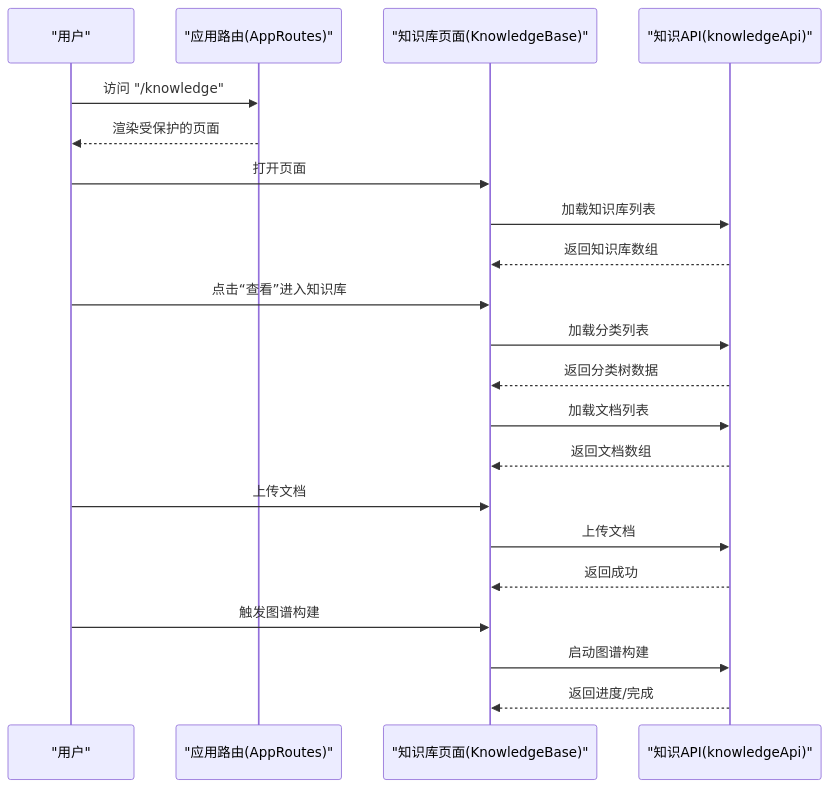
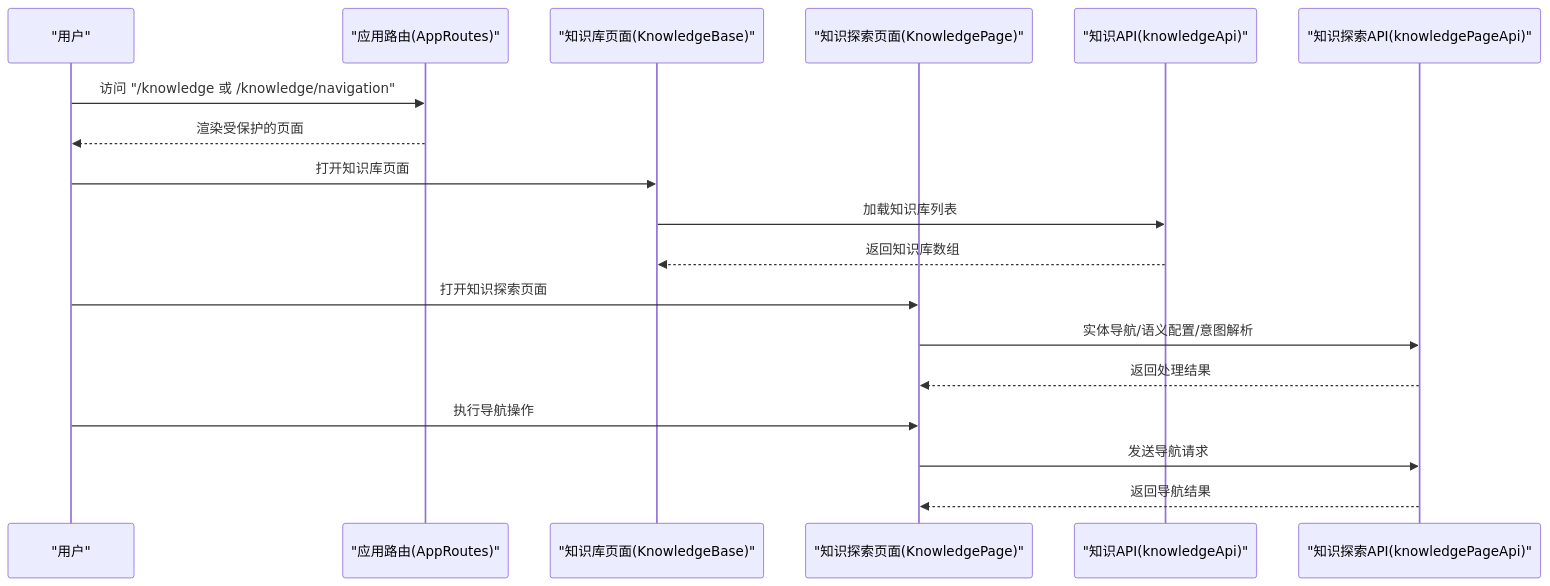
One commit to inier/ontology-graphiti changed the second of 5 diagrams in .qoder/repowiki/zh/content/前端架构/业务模块前端实现/Knowledge模块.md. Above: the diagram before and after it, drawn with Mermaid. The commit also changed other lines of this file and 64 other files, not shown here.

````diff
--- a/.qoder/repowiki/zh/content/前端架构/业务模块前端实现/Knowledge模块.md
+++ b/.qoder/repowiki/zh/content/前端架构/业务模块前端实现/Knowledge模块.md
@@ -85,23 +122,20 @@
 ```mermaid
 sequenceDiagram
 participant U as "用户"
 participant R as "应用路由(AppRoutes)"
-participant P as "知识库页面(KnowledgeBase)"
+participant KB as "知识库页面(KnowledgeBase)"
+participant KP as "知识探索页面(KnowledgePage)"
 participant S as "知识API(knowledgeApi)"
-U->>R : 访问 "/knowledge"
+participant SPA as "知识探索API(knowledgePageApi)"
+U->>R : 访问 "/knowledge 或 /knowledge/navigation"
 R-->>U : 渲染受保护的页面
-U->>P : 打开页面
-P->>S : 加载知识库列表
-S-->>P : 返回知识库数组
-U->>P : 点击“查看”进入知识库
-P->>S : 加载分类列表
-S-->>P : 返回分类树数据
-P->>S : 加载文档列表
-S-->>P : 返回文档数组
-U->>P : 上传文档
-P->>S : 上传文档
-S-->>P : 返回成功
-U->>P : 触发图谱构建
-P->>S : 启动图谱构建
-S-->>P : 返回进度/完成
+U->>KB : 打开知识库页面
+KB->>S : 加载知识库列表
+S-->>KB : 返回知识库数组
+U->>KP : 打开知识探索页面
+KP->>SPA : 实体导航/语义配置/意图解析
+SPA-->>KP : 返回处理结果
+U->>KP : 执行导航操作
+KP->>SPA : 发送导航请求
+SPA-->>KP : 返回导航结果
 ```
````
